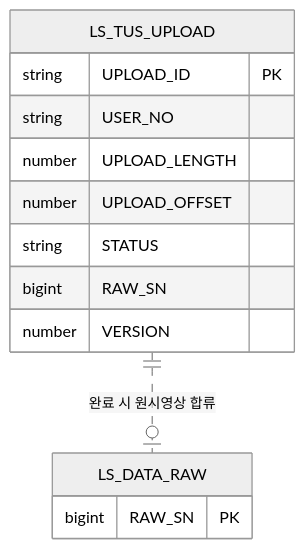
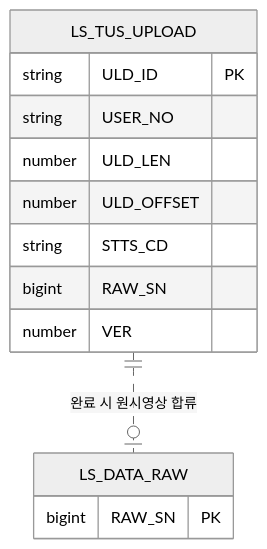
One commit to New-stella/klid-label changed diagram 15 of 16 in docs/design-full/D8-엔티티관계모형설계서.md. Above: the diagram before and after it, drawn with Mermaid (neutral theme). The commit also changed other lines of this file and 6 other files, not shown here.

First line of the commit message:
refactor(schema): LS_TUS_UPLOAD 컬럼 표준용어 정합 + 레거시 REJECT_RSN 제거

````diff
--- a/docs/design-full/D8-엔티티관계모형설계서.md
+++ b/docs/design-full/D8-엔티티관계모형설계서.md
@@ -457,16 +457,16 @@
 ```mermaid
 erDiagram
     LS_TUS_UPLOAD ||..o| LS_DATA_RAW : "완료 시 원시영상 합류"
     LS_TUS_UPLOAD {
-        string UPLOAD_ID PK
+        string ULD_ID PK
         string USER_NO
-        number UPLOAD_LENGTH
-        number UPLOAD_OFFSET
-        string STATUS
+        number ULD_LEN
+        number ULD_OFFSET
+        string STTS_CD
         bigint RAW_SN
-        number VERSION
+        number VER
     }
     LS_DATA_RAW {
         bigint RAW_SN PK
     }
 ```
````
